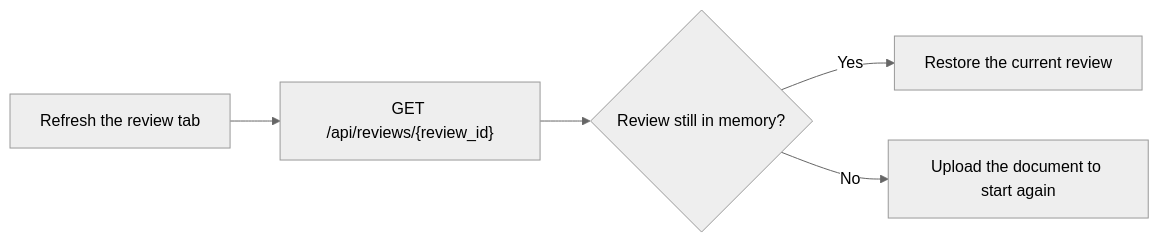
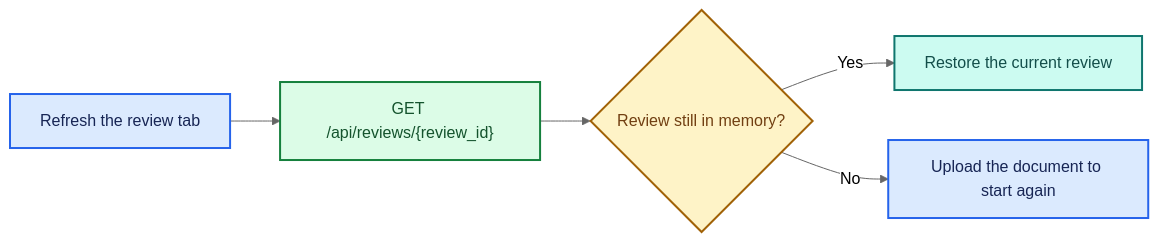
One commit to girisheduru/archgovasst changed the fourth of 9 diagrams in flowdiagrams.md. Above: the diagram before and after it, drawn with Mermaid (neutral theme). The commit also changed other lines of this file and 18 other files, not shown here.

Commit message:
Nodes and architecture changed along with banners and comments

````diff
--- a/flowdiagrams.md
+++ b/flowdiagrams.md
@@ -59,7 +123,16 @@
 ```mermaid
 flowchart LR
     Refresh["Refresh the review tab"] --> Fetch["GET /api/reviews/{review_id}"]
     Fetch --> Exists{"Review still in memory?"}
     Exists -->|"Yes"| Restore["Restore the current review"]
     Exists -->|"No"| Upload["Upload the document to start again"]
+
+    classDef user fill:#dbeafe,stroke:#2563eb,color:#172554,stroke-width:2px;
+    class Refresh,Upload user;
+    classDef process fill:#dcfce7,stroke:#15803d,color:#14532d,stroke-width:2px;
+    class Fetch process;
+    classDef decision fill:#fef3c7,stroke:#a16207,color:#713f12,stroke-width:2px;
+    class Exists decision;
+    classDef output fill:#ccfbf1,stroke:#0f766e,color:#134e4a,stroke-width:2px;
+    class Restore output;
 ```
````
